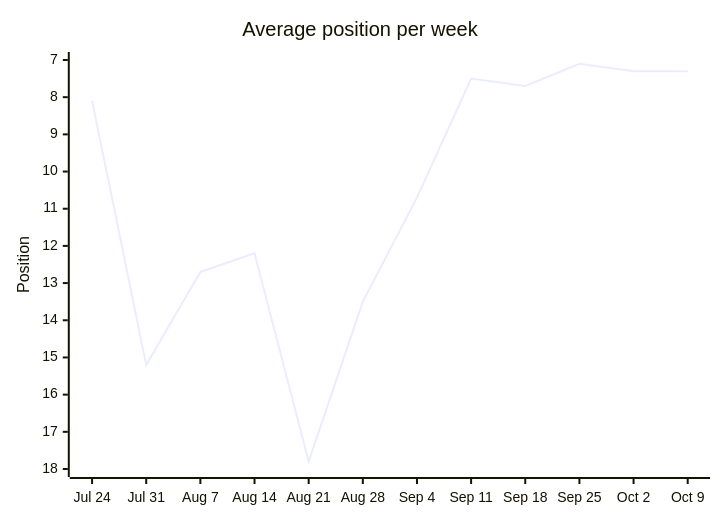
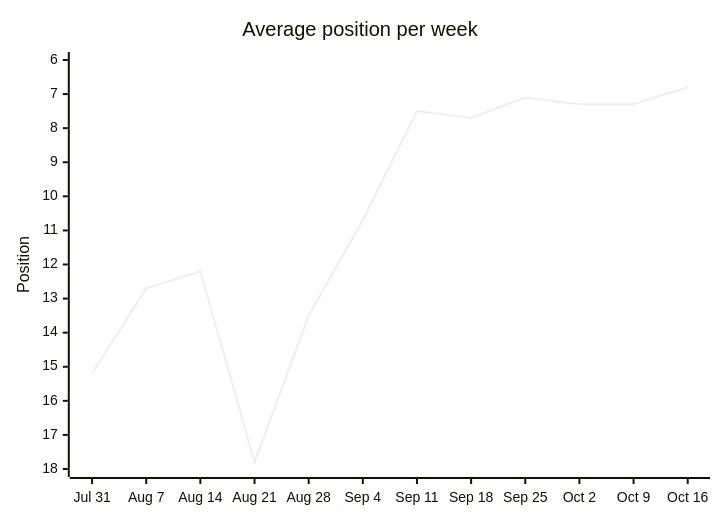
Before and after one commit to langx/website: the third of 13 diagrams in latest.md, drawn with Mermaid. The commit also changed other lines of this file and 2 other files, not shown here.

````diff
--- a/latest.md
+++ b/latest.md
@@ -38,7 +38,7 @@
 ```mermaid
 xychart-beta
   title "Average position per week"
-  x-axis ["Jul 24", "Jul 31", "Aug 7", "Aug 14", "Aug 21", "Aug 28", "Sep 4", "Sep 11", "Sep 18", "Sep 25", "Oct 2", "Oct 9"]
-  y-axis "Position" 18 --> 7
-  line [8.1, 15.2, 12.7, 12.2, 17.8, 13.5, 10.7, 7.5, 7.7, 7.1, 7.3, 7.3]
+  x-axis ["Jul 31", "Aug 7", "Aug 14", "Aug 21", "Aug 28", "Sep 4", "Sep 11", "Sep 18", "Sep 25", "Oct 2", "Oct 9", "Oct 16"]
+  y-axis "Position" 18 --> 6
+  line [15.2, 12.7, 12.2, 17.8, 13.5, 10.7, 7.5, 7.7, 7.1, 7.3, 7.3, 6.8]
 ```
````
